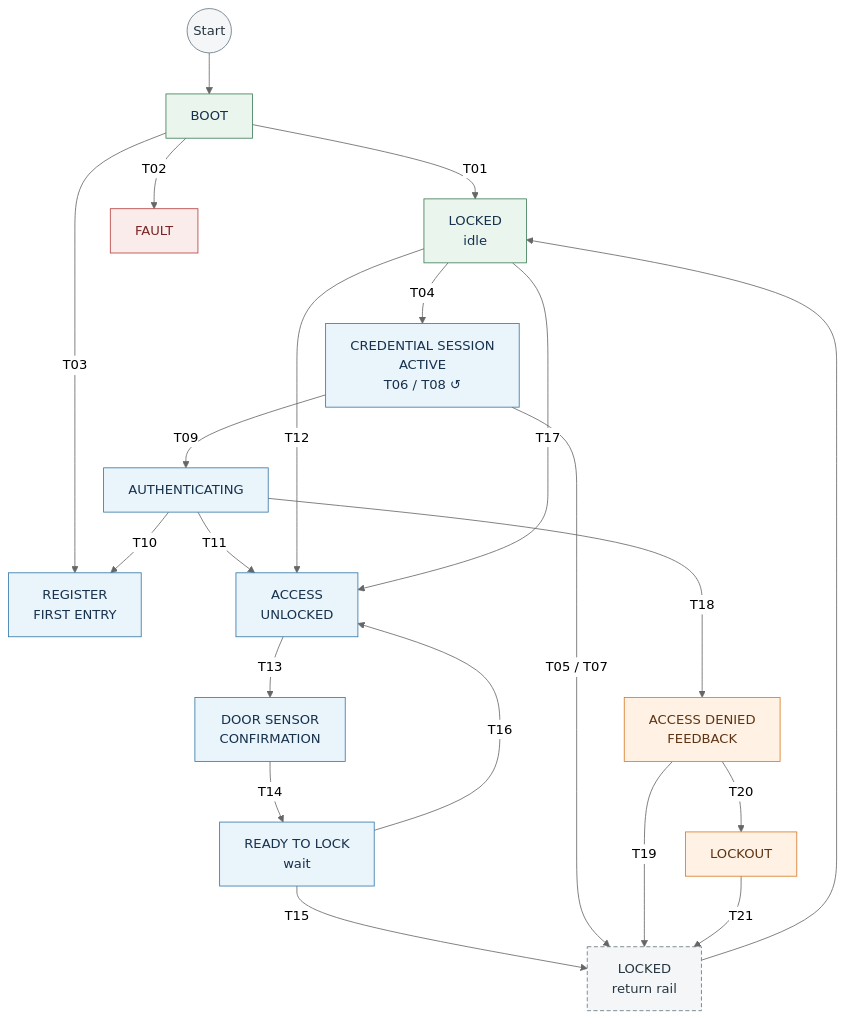
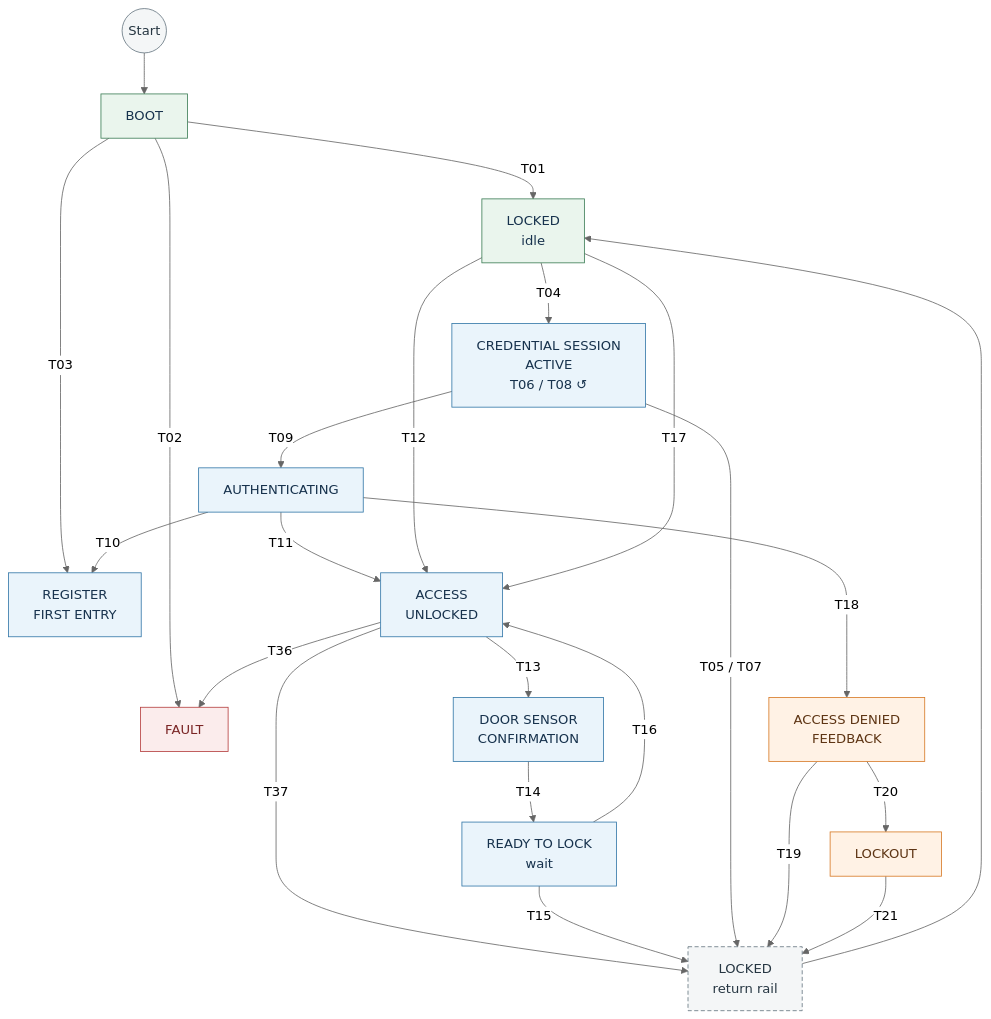
Before and after one commit to JP-REY/STM32F103C8T6-Based-Electronic-Lock: the second of 7 diagrams in Libs/Services/Lock_Control/README.md, drawn with Mermaid (neutral theme). The commit also changed other lines of this file and 3 other files, not shown here.

````diff
--- a/Libs/Services/Lock_Control/README.md
+++ b/Libs/Services/Lock_Control/README.md
@@ -495,48 +497,51 @@
 ```mermaid
 flowchart TB
     START((Start)) --> BOOT["BOOT"]
 
     BOOT -->|T01| LOCKED["LOCKED<br/>idle"]
     BOOT -->|T02| FAULT["FAULT"]
     BOOT -->|T03| FIRST["REGISTER<br/>FIRST ENTRY"]
 
     LOCKED -->|T04| ENTRY["CREDENTIAL SESSION<br/>ACTIVE<br/>T06 / T08 ↺"]
     ENTRY -->|T09| AUTH["AUTHENTICATING"]
 
     AUTH -->|T10| FIRST
     AUTH -->|T11| ACCESS["ACCESS<br/>UNLOCKED"]
 
     LOCKED -->|T12| ACCESS
 
     ACCESS -->|T13| CONFIRM["DOOR SENSOR<br/>CONFIRMATION"]
+    ACCESS -->|T36| FAULT
+    ACCESS -->|T37| RETURN["LOCKED<br/>return rail"]
+
     CONFIRM -->|T14| READY["READY TO LOCK<br/>wait"]
 
-    READY -->|T15| RETURN["LOCKED<br/>return rail"]
+    READY -->|T15| RETURN
+    READY -->|T16| ACCESS
 
-    READY -->|T16| ACCESS
     LOCKED -->|T17| ACCESS
 
     AUTH -->|T18| DENIED["ACCESS DENIED<br/>FEEDBACK"]
 
     ENTRY -->|"T05 / T07"| RETURN
 
     DENIED -->|T19| RETURN
     DENIED -->|T20| LOCKOUT["LOCKOUT"]
     LOCKOUT -->|T21| RETURN
 
     RETURN --> LOCKED
 
     classDef initial fill:#f4f6f7,stroke:#667681,color:#263642
     classDef secure fill:#eaf5ed,stroke:#3d7e57,color:#17324d
     classDef active fill:#eaf4fb,stroke:#3478a8,color:#17324d
     classDef denied fill:#fff2e5,stroke:#d77a27,color:#5e3514
     classDef connector fill:#f4f6f7,stroke:#667681,color:#263642,stroke-dasharray: 5 3
     classDef fault fill:#fbecec,stroke:#b54040,color:#7a2525
 
     class START initial
     class BOOT,LOCKED secure
     class ENTRY,AUTH,ACCESS,CONFIRM,READY,FIRST active
     class DENIED,LOCKOUT denied
     class RETURN connector
     class FAULT fault
 ```
````
